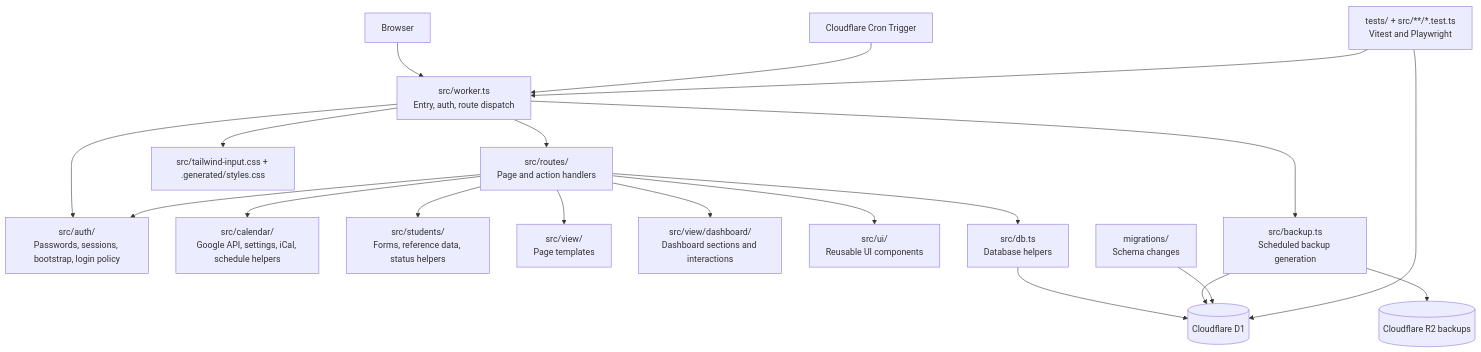
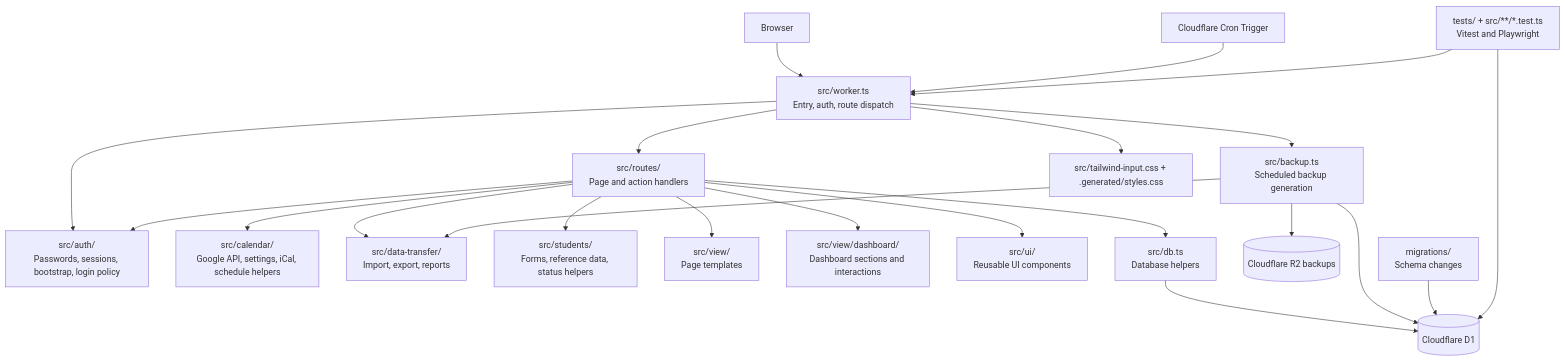
The diagram in docs/project-structure.md (bebraw/thesis-journey-tracker), drawn with Mermaid before and after one commit. The commit also changed other lines of this file and 4 other files, not shown here.

Commit message:
Extract shared data transfer module

````diff
--- a/docs/project-structure.md
+++ b/docs/project-structure.md
@@ -34,40 +35,43 @@
 ```mermaid
 graph TD
     Browser[Browser]
     Worker[src/worker.ts<br/>Entry, auth, route dispatch]
     Routes[src/routes/<br/>Page and action handlers]
     Auth[src/auth/<br/>Passwords, sessions, bootstrap, login policy]
     Calendar[src/calendar/<br/>Google API, settings, iCal, schedule helpers]
+    DataTransfer[src/data-transfer/<br/>Import, export, reports]
     Students[src/students/<br/>Forms, reference data, status helpers]
     Views[src/view/<br/>Page templates]
     Dashboard[src/view/dashboard/<br/>Dashboard sections and interactions]
     UI[src/ui/<br/>Reusable UI components]
     DB[src/db.ts<br/>Database helpers]
     Backup[src/backup.ts<br/>Scheduled backup generation]
     D1[(Cloudflare D1)]
     R2[(Cloudflare R2 backups)]
     Migrations[migrations/<br/>Schema changes]
     Tests[tests/ + src/**/*.test.ts<br/>Vitest and Playwright]
     CSS[src/tailwind-input.css + .generated/styles.css]
     Cron[Cloudflare Cron Trigger]
 
     Browser --> Worker
     Worker --> Routes
     Worker --> Auth
     Routes --> Views
     Routes --> Dashboard
     Routes --> UI
     Routes --> DB
     Routes --> Auth
     Routes --> Calendar
+    Routes --> DataTransfer
     Routes --> Students
     Worker --> Backup
     Worker --> CSS
     DB --> D1
     Cron --> Worker
     Backup --> D1
     Backup --> R2
+    Backup --> DataTransfer
     Migrations --> D1
     Tests --> Worker
     Tests --> D1
 ```
````
